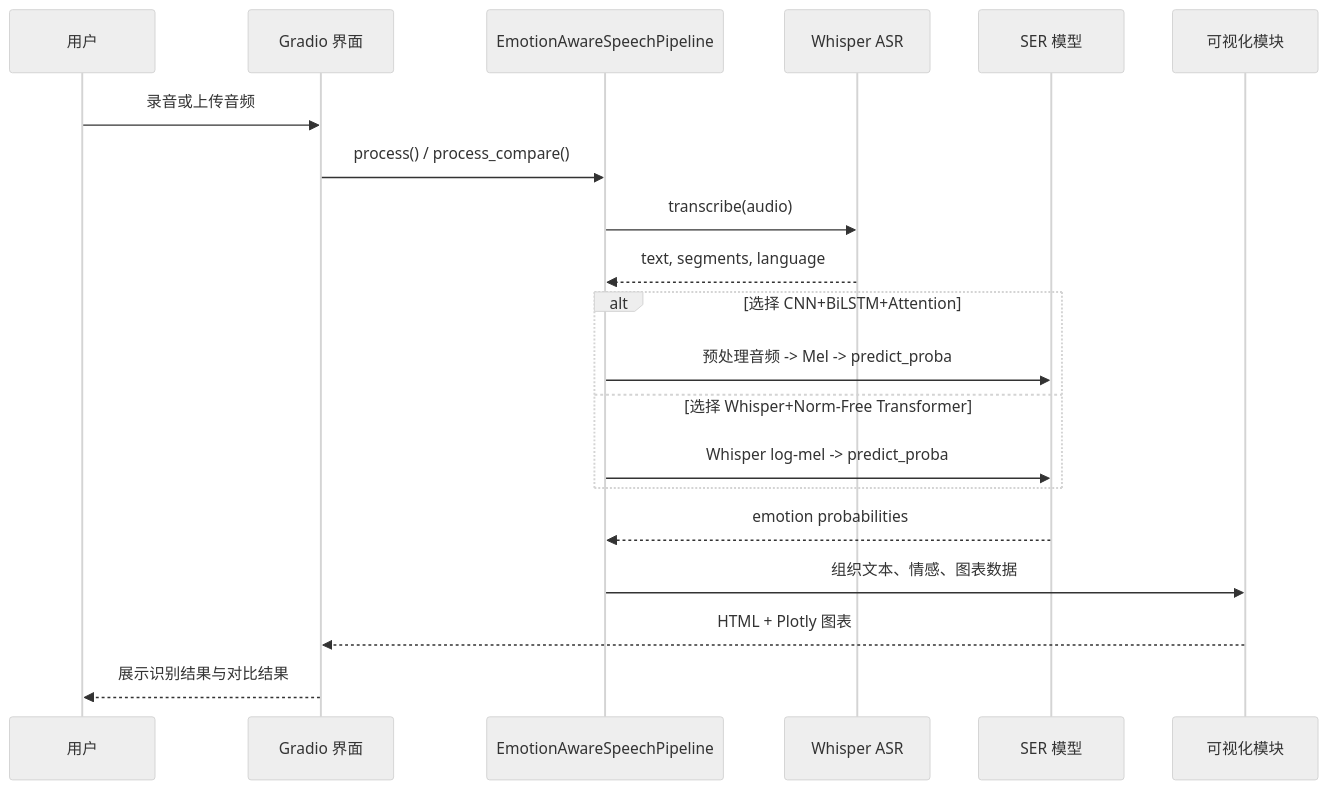
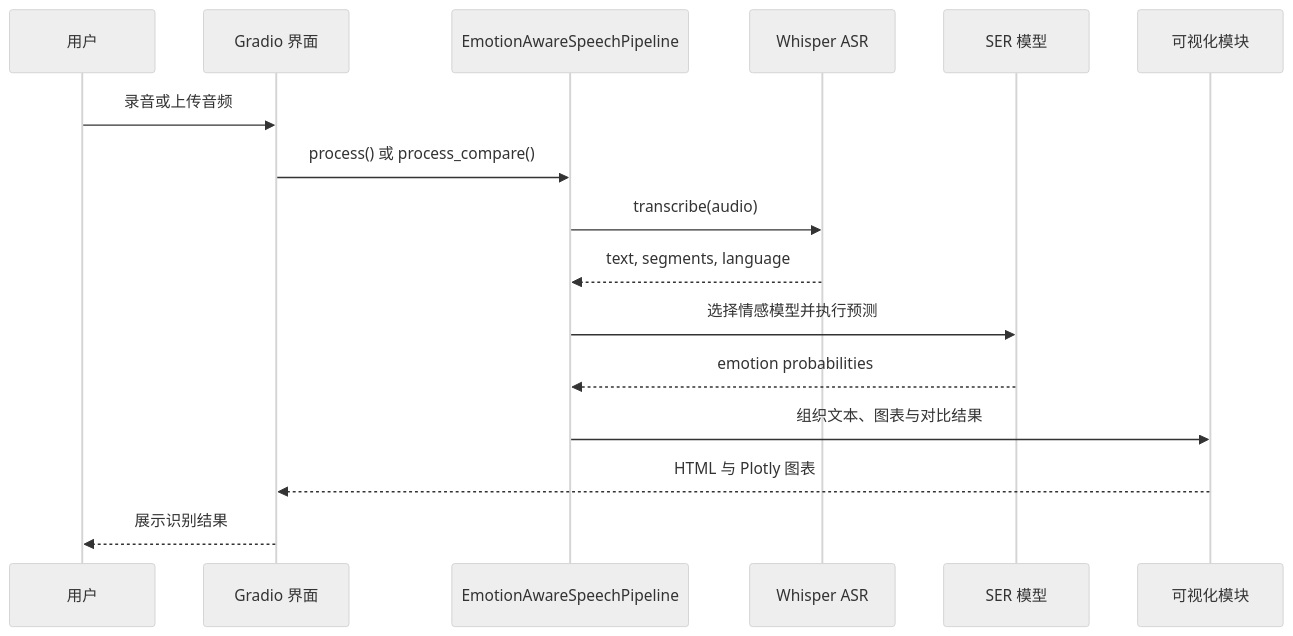
Before and after one commit to quan35/Emotion-perception-driven-speech-recognition-system: the second of 2 diagrams in README.md, drawn with Mermaid (neutral theme). The commit also changed other lines of this file and 46 other files, not shown here.

````diff
--- a/README.md
+++ b/README.md
@@ -270,23 +177,19 @@
 ```mermaid
 sequenceDiagram
     participant U as 用户
     participant UI as Gradio 界面
     participant P as EmotionAwareSpeechPipeline
     participant A as Whisper ASR
     participant S as SER 模型
     participant V as 可视化模块
 
     U->>UI: 录音或上传音频
-    UI->>P: process() / process_compare()
+    UI->>P: process() 或 process_compare()
     P->>A: transcribe(audio)
     A-->>P: text, segments, language
-    alt 选择 CNN+BiLSTM+Attention
-        P->>S: 预处理音频 -> Mel -> predict_proba
-    else 选择 Whisper+Norm-Free Transformer
-        P->>S: Whisper log-mel -> predict_proba
-    end
+    P->>S: 选择情感模型并执行预测
     S-->>P: emotion probabilities
-    P->>V: 组织文本、情感、图表数据
-    V-->>UI: HTML + Plotly 图表
-    UI-->>U: 展示识别结果与对比结果
+    P->>V: 组织文本、图表与对比结果
+    V-->>UI: HTML 与 Plotly 图表
+    UI-->>U: 展示识别结果
 ```
````
